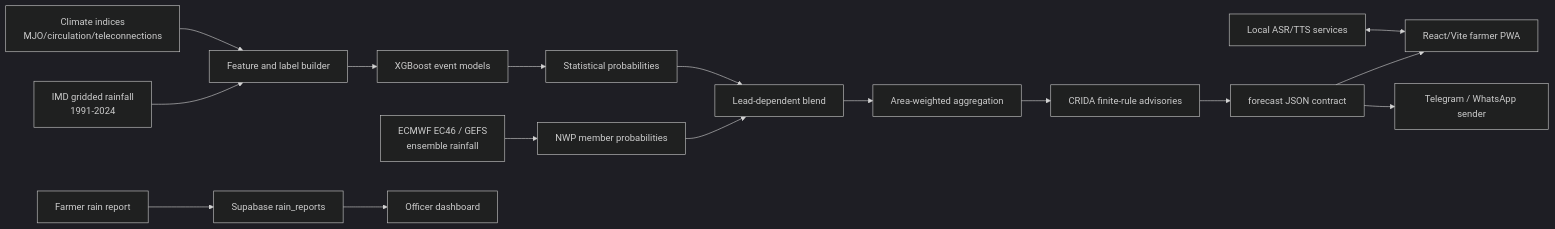
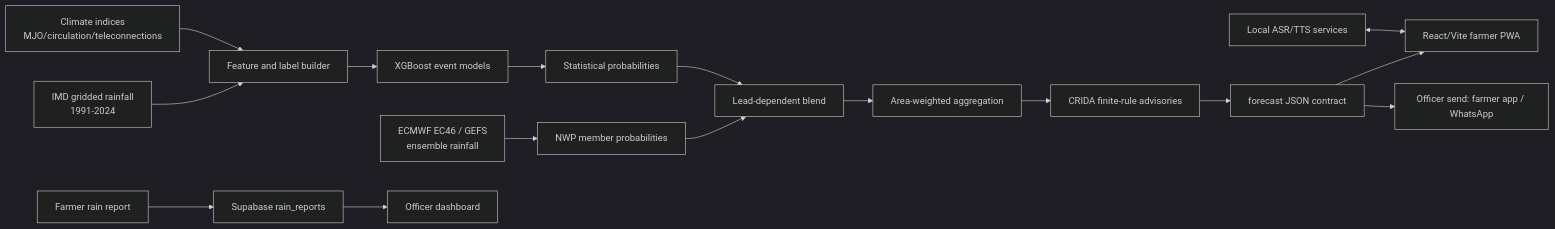
The first of 2 diagrams in README.md (Halcyonic-01/LastCommit), drawn with Mermaid (dark theme) before and after one commit. The commit also changed other lines of this file and 30 other files, not shown here.

````diff
--- a/README.md
+++ b/README.md
@@ -41,18 +60,18 @@
 ```mermaid
 flowchart LR
     A[IMD gridded rainfall\n1991-2024] --> B[Feature and label builder]
     C[Climate indices\nMJO/circulation/teleconnections] --> B
     D[ECMWF EC46 / GEFS\nensemble rainfall] --> E[NWP member probabilities]
     B --> F[XGBoost event models]
     F --> G[Statistical probabilities]
     E --> H[Lead-dependent blend]
     G --> H
     H --> I[Area-weighted aggregation]
     I --> J[CRIDA finite-rule advisories]
     J --> K[forecast JSON contract]
     K --> L[React/Vite farmer PWA]
-    K --> M[Telegram / WhatsApp sender]
+    K --> M[Officer send: farmer app / WhatsApp]
     N[Farmer rain report] --> O[Supabase rain_reports]
     O --> P[Officer dashboard]
     Q[Local ASR/TTS services] <--> L
 ```
````
